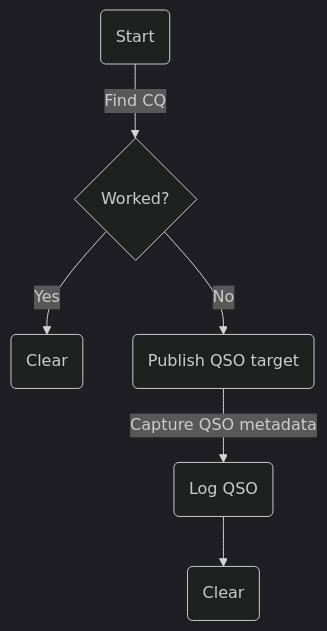
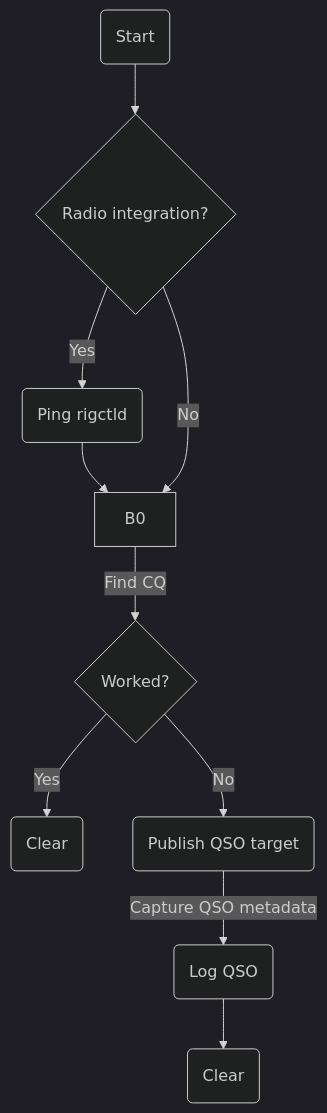
The first of 2 diagrams in doc/workflow.md (ckuhtz/ham), drawn with Mermaid (dark theme) before and after one commit.

````diff
--- a/doc/workflow.md
+++ b/doc/workflow.md
@@ -5,8 +5,12 @@
 ```mermaid
 flowchart TD;
-    A(Start) -->|Find CQ| B{Worked?};
-    B -->|Yes| C(Clear);
-    B -->|No| D(Publish QSO target);
+    A(Start) --> A0{Radio integration?};
+    A0 -->|Yes| A1(Ping rigctld);
+    A1 --> B0;
+    A0 -->|No| B0; 
+    B0 -->|Find CQ| B1{Worked?};
+    B1 -->|Yes| C(Clear);
+    B1 -->|No| D(Publish QSO target);
     D -->|Capture QSO metadata| E(Log QSO);
     E -->F(Clear)
 ```
````
